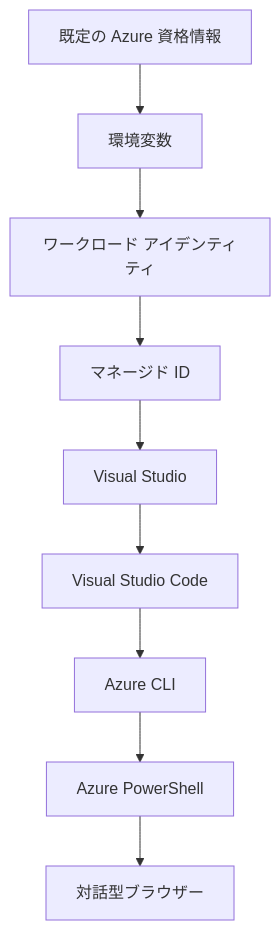
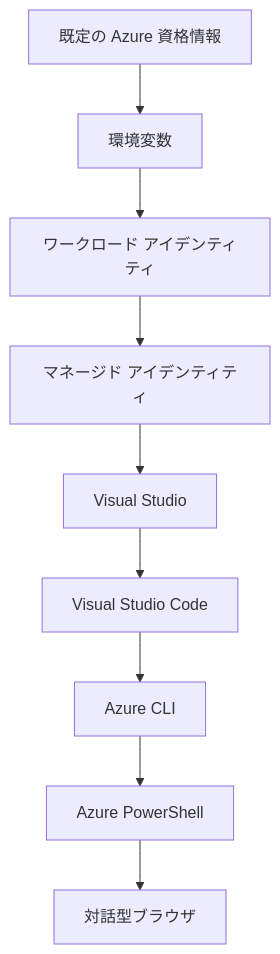
The second of 2 diagrams in translations/ja/docs/chapter-01-foundation/azd-basics.md (microsoft/AZD-for-beginners), drawn with Mermaid before and after one commit. The commit also changed other lines of this file and 104 other files, not shown here.

````diff
--- a/translations/ja/docs/chapter-01-foundation/azd-basics.md
+++ b/translations/ja/docs/chapter-01-foundation/azd-basics.md
@@ -594,11 +608,11 @@
 ```mermaid
 graph TD
     A[既定の Azure 資格情報] --> B[環境変数]
     B --> C[ワークロード アイデンティティ]
-    C --> D[マネージド ID]
+    C --> D[マネージド アイデンティティ]
     D --> E[Visual Studio]
     E --> F[Visual Studio Code]
     F --> G[Azure CLI]
     G --> H[Azure PowerShell]
-    H --> I[対話型ブラウザー]
+    H --> I[対話型ブラウザ]
 ```
````
